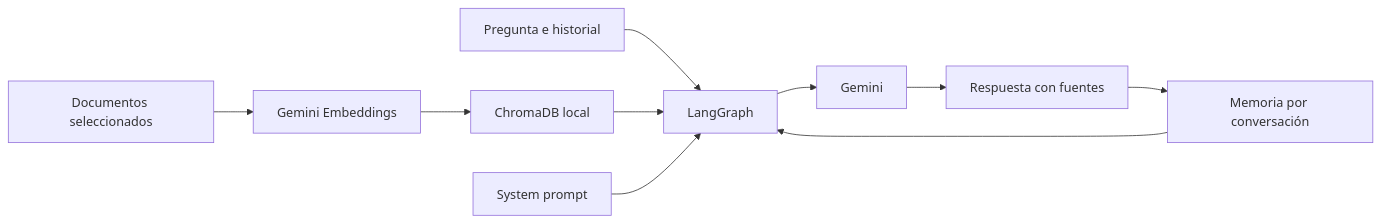
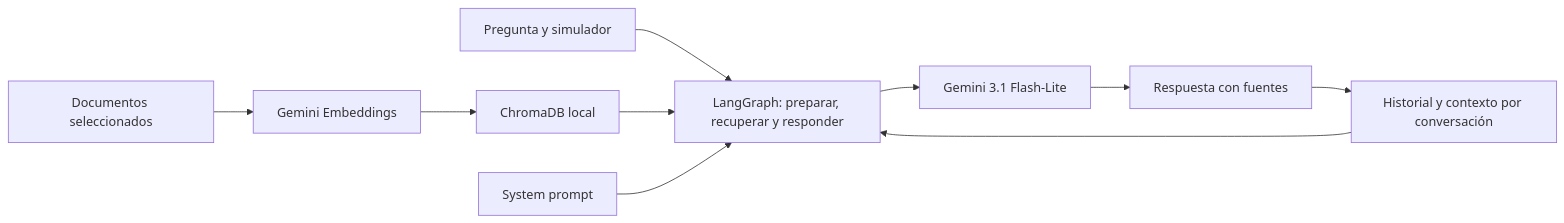
One commit to forzau/Proyecto_GenAI_CarlosPenalver changed the diagram in README.md. Above: the diagram before and after it, drawn with Mermaid. The commit also changed other lines of this file and 17 other files, not shown here.

````diff
--- a/README.md
+++ b/README.md
@@ -103,12 +125,12 @@
 ```mermaid
 flowchart LR
     D[Documentos seleccionados] --> E[Gemini Embeddings]
     E --> C[ChromaDB local]
-    Q[Pregunta e historial] --> L[LangGraph]
+    Q[Pregunta y simulador] --> L[LangGraph: preparar, recuperar y responder]
     C --> L
     P[System prompt] --> L
-    L --> G[Gemini]
+    L --> G[Gemini 3.1 Flash-Lite]
     G --> R[Respuesta con fuentes]
-    R --> M[Memoria por conversación]
+    R --> M[Historial y contexto por conversación]
     M --> L
 ```
````
